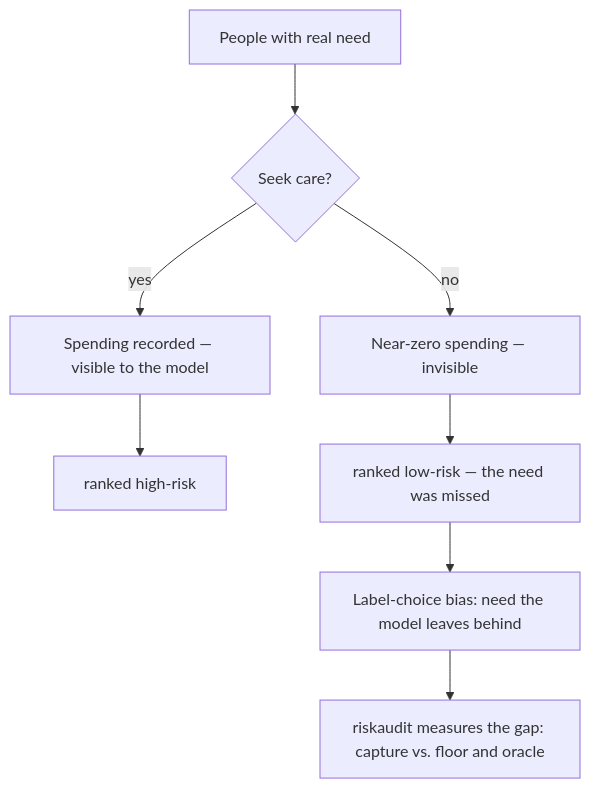
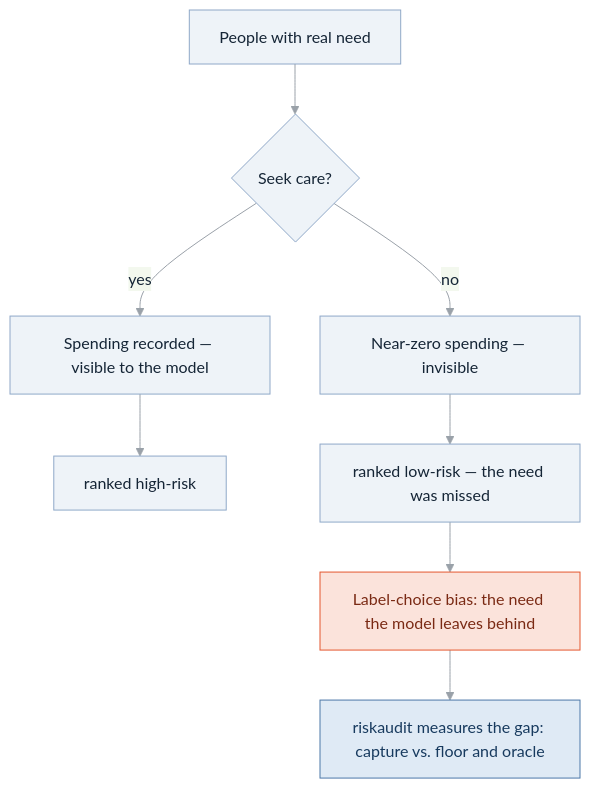
Before and after one commit to CProromant/risk-equity-audit: the first of 4 diagrams in README.md, drawn with Mermaid. The commit also changed other lines of this file, not shown here.

````diff
--- a/README.md
+++ b/README.md
@@ -56,10 +13,15 @@
 ```mermaid
+%%{init: {'theme':'base','themeVariables':{'primaryColor':'#eef3f8','primaryBorderColor':'#8fa8c8','primaryTextColor':'#152536','lineColor':'#9aa1a9'}}}%%
 flowchart TD
     N["People with real need"] --> Q{"Seek care?"}
     Q -->|yes| V["Spending recorded — visible to the model"]
     Q -->|no| H["Near-zero spending — invisible"]
     V --> HI["ranked high-risk"]
     H --> LO["ranked low-risk — the need was missed"]
-    LO --> B["Label-choice bias: need the model leaves behind"]
+    LO --> B["Label-choice bias: the need the model leaves behind"]
     B --> R["riskaudit measures the gap: capture vs. floor and oracle"]
+    classDef bias fill:#fbe3db,stroke:#E4572E,color:#7a2a14;
+    classDef tool fill:#dfeaf5,stroke:#4C78A8,color:#173a5e;
+    class B bias
+    class R tool
 ```
````
